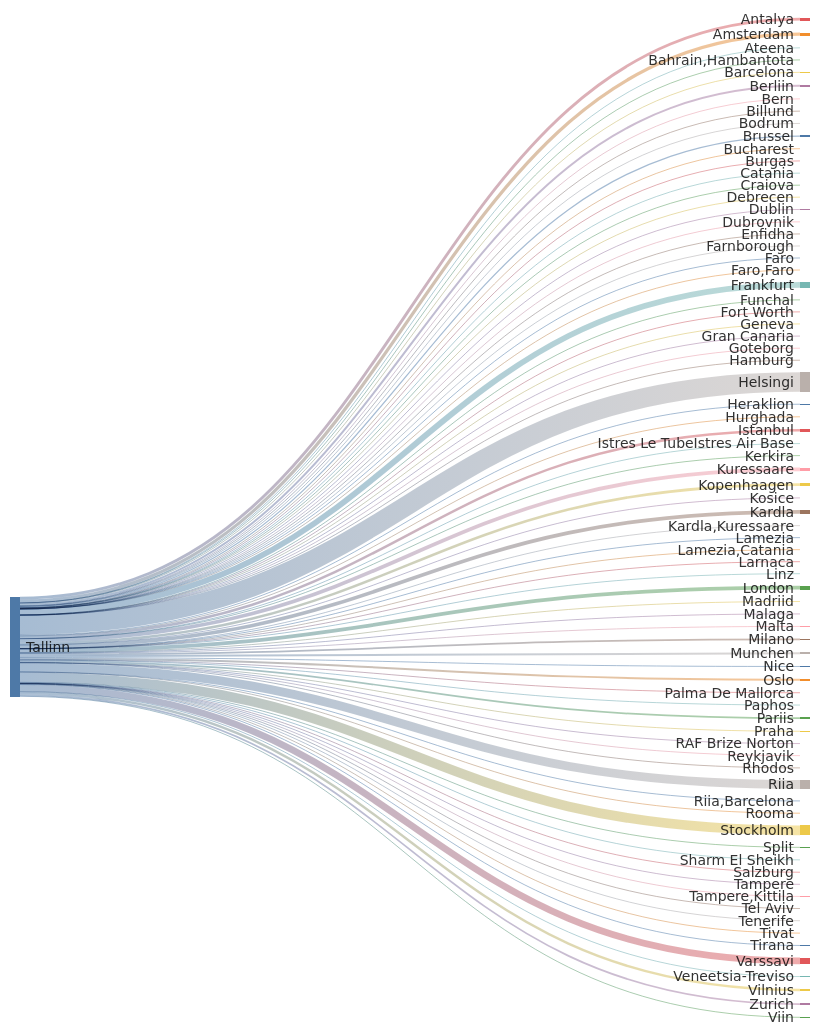
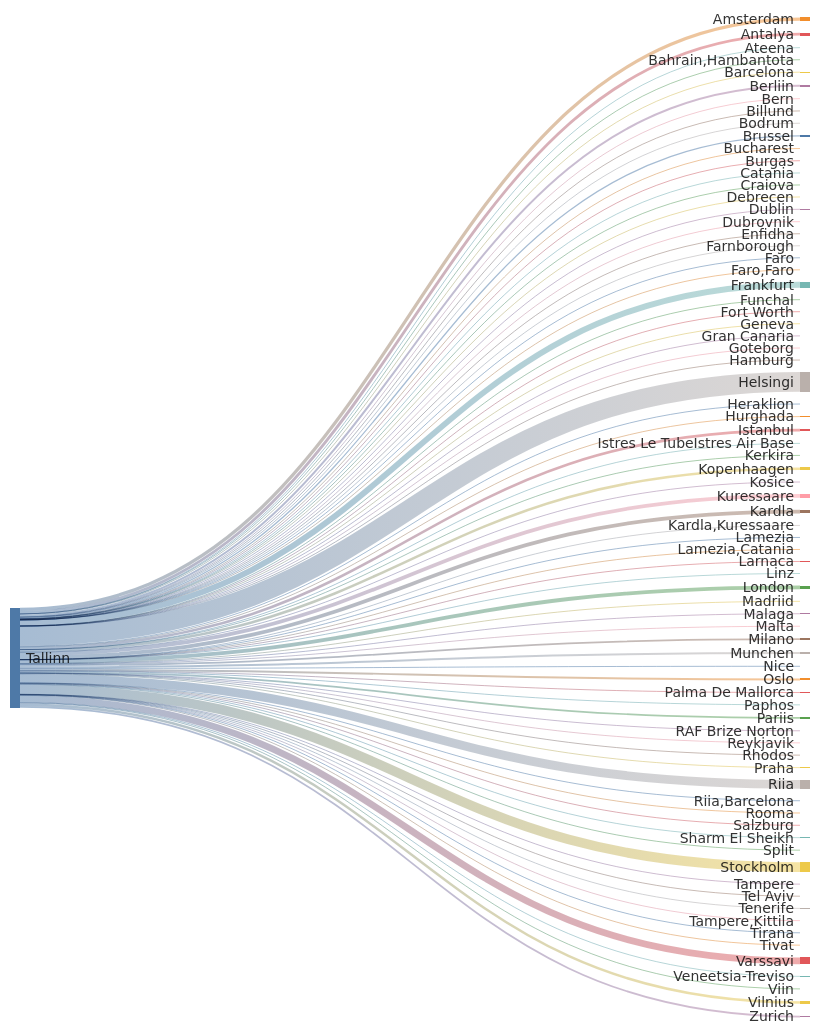
One commit to rainermesi/tll-airport-departures changed the second of 2 diagrams in README.md. Above: the diagram before and after it, drawn with Mermaid. The commit also changed other lines of this file and 1 other file, not shown here.

````diff
--- a/README.md
+++ b/README.md
@@ -41,8 +41,8 @@
 ---
 sankey-beta
 %% source,target,value
-Tallinn,Amsterdam,517
-Tallinn,Antalya,458
+Tallinn,Amsterdam,519
+Tallinn,Antalya,460
 Tallinn,Ateena,16
 Tallinn,"Bahrain,Hambantota",1
 Tallinn,Barcelona,145
@@ -50,73 +50,73 @@
 Tallinn,Bern,1
 Tallinn,Billund,82
 Tallinn,Bodrum,11
-Tallinn,Brussel,199
+Tallinn,Brussel,200
 Tallinn,Bucharest,1
 Tallinn,Burgas,66
 Tallinn,Catania,2
 Tallinn,Craiova,1
 Tallinn,Debrecen,1
-Tallinn,Dublin,99
+Tallinn,Dublin,100
 Tallinn,Dubrovnik,21
 Tallinn,Enfidha,8
 Tallinn,Farnborough,1
 Tallinn,Faro,4
 Tallinn,"Faro,Faro",1
 Tallinn,Fort Worth,1
-Tallinn,Frankfurt,928
+Tallinn,Frankfurt,930
 Tallinn,Funchal,5
 Tallinn,Geneva,13
 Tallinn,Gran Canaria,38
 Tallinn,Goteborg,2
 Tallinn,Hamburg,2
-Tallinn,Helsingi,3125
+Tallinn,Helsingi,3133
 Tallinn,Heraklion,110
 Tallinn,Hurghada,75
-Tallinn,Istanbul,405
+Tallinn,Istanbul,406
 Tallinn,Istres Le TubeIstres Air Base,2
 Tallinn,Kerkira,4
-Tallinn,Kopenhaagen,410
+Tallinn,Kopenhaagen,412
 Tallinn,Kosice,1
-Tallinn,Kuressaare,590
-Tallinn,Kardla,592
+Tallinn,Kuressaare,592
+Tallinn,Kardla,594
 Tallinn,"Kardla,Kuressaare",1
 Tallinn,Lamezia,1
 Tallinn,"Lamezia,Catania",3
 Tallinn,Larnaca,4
 Tallinn,Linz,2
-Tallinn,London,604
+Tallinn,London,606
 Tallinn,Madriid,4
-Tallinn,Malaga,126
+Tallinn,Malaga,127
 Tallinn,Malta,31
 Tallinn,Milano,277
-Tallinn,Munchen,323
+Tallinn,Munchen,324
 Tallinn,Nice,57
-Tallinn,Oslo,314
+Tallinn,Oslo,315
 Tallinn,Palma De Mallorca,35
 Tallinn,Paphos,66
-Tallinn,Pariis,274
+Tallinn,Pariis,275
 Tallinn,Praha,91
 Tallinn,RAF Brize Norton,1
 Tallinn,Reykjavik,20
 Tallinn,Rhodos,64
-Tallinn,Riia,1404
+Tallinn,Riia,1409
 Tallinn,"Riia,Barcelona",1
 Tallinn,Rooma,80
 Tallinn,Salzburg,14
 Tallinn,Sharm El Sheikh,105
 Tallinn,Split,57
-Tallinn,Stockholm,1546
+Tallinn,Stockholm,1551
 Tallinn,Tampere,17
 Tallinn,"Tampere,Kittila",21
 Tallinn,Tel Aviv,2
 Tallinn,Tenerife,58
 Tallinn,Tirana,38
-Tallinn,Tivat,73
-Tallinn,Varssavi,1076
+Tallinn,Tivat,74
+Tallinn,Varssavi,1079
 Tallinn,Veneetsia-Treviso,67
 Tallinn,Viin,106
-Tallinn,Vilnius,391
-Tallinn,Zurich,278
+Tallinn,Vilnius,393
+Tallinn,Zurich,279
 
 
 ```
````
